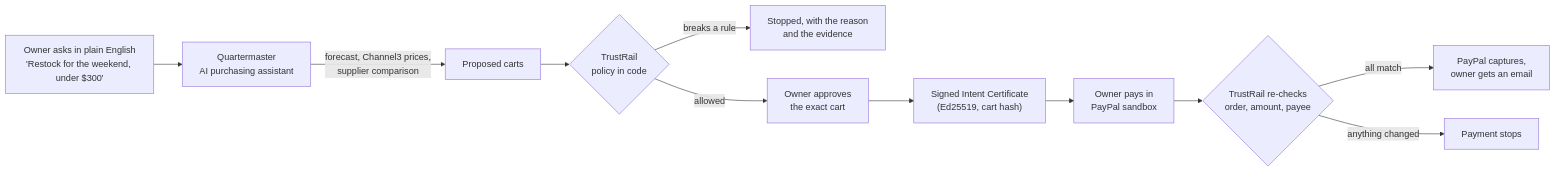
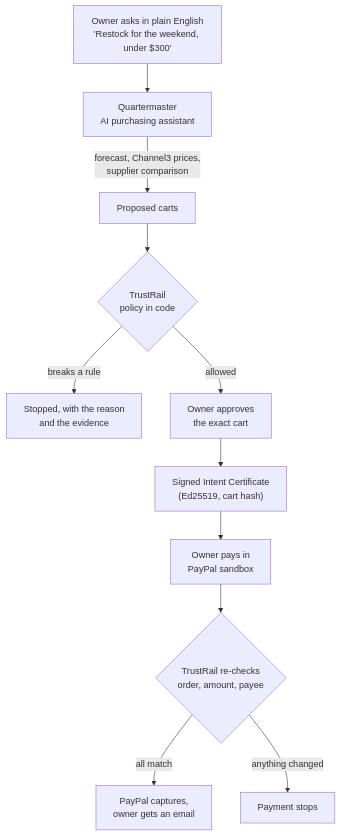
The diagram in README.md (pranavsaji/quartermaster-ai), drawn with Mermaid before and after one commit.

Commit message:
docs: draw the flow top to bottom so it reads at README width

````diff
--- a/README.md
+++ b/README.md
@@ -35,13 +35,13 @@
 ```mermaid
-flowchart LR
+flowchart TD
     R["Owner asks in plain English<br/>'Restock for the weekend, under $300'"] --> Q["Quartermaster<br/>AI purchasing assistant"]
     Q -->|forecast, Channel3 prices,<br/>supplier comparison| C["Proposed carts"]
     C --> T{"TrustRail<br/>policy in code"}
     T -->|breaks a rule| B["Stopped, with the reason<br/>and the evidence"]
     T -->|allowed| A["Owner approves<br/>the exact cart"]
     A --> S["Signed Intent Certificate<br/>(Ed25519, cart hash)"]
     S --> P["Owner pays in<br/>PayPal sandbox"]
     P --> G{"TrustRail re-checks<br/>order, amount, payee"}
     G -->|all match| K["PayPal captures,<br/>owner gets an email"]
     G -->|anything changed| X["Payment stops"]
 ```
````
